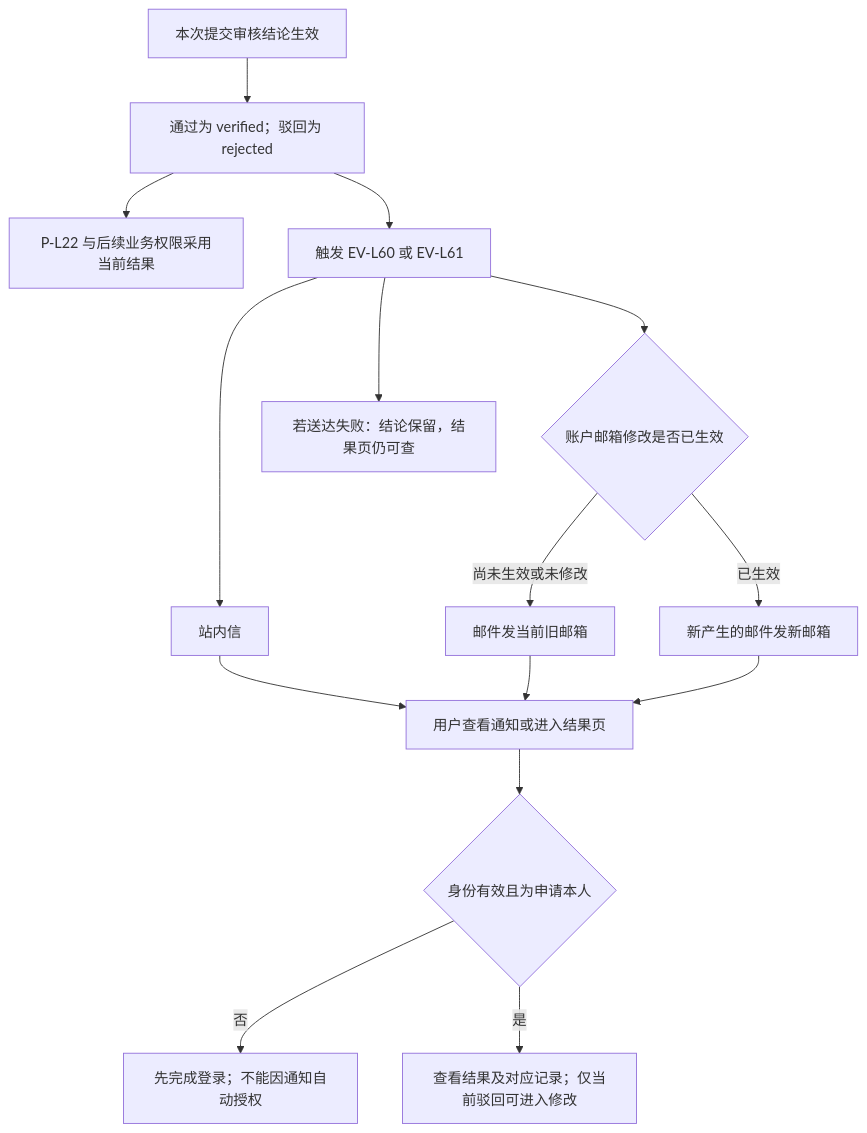
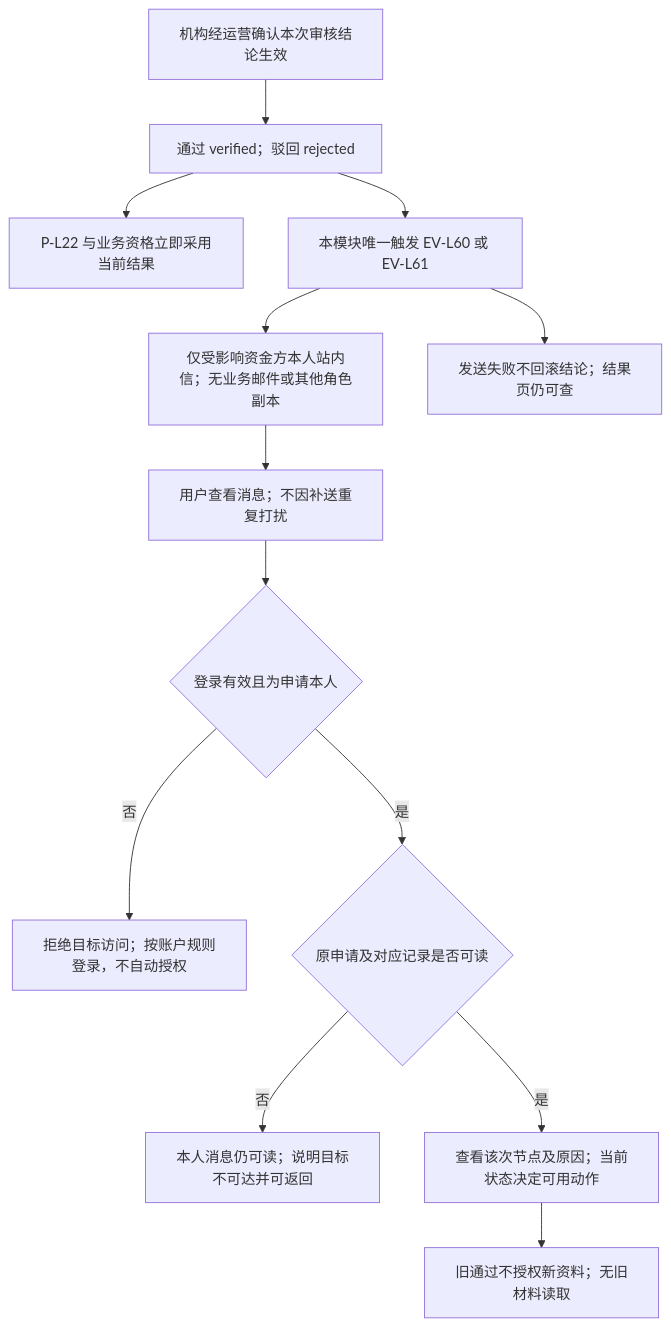
Before and after one commit to wxblockchain/Chain-Financing: the fourth of 6 diagrams in lending-platform/PRD/v2.0-资金方机构认证审核/资金方机构认证审核-流程图与状态机.md, drawn with Mermaid. The commit also changed other lines of this file and 2 other files, not shown here.

````diff
--- a/lending-platform/PRD/v2.0-资金方机构认证审核/资金方机构认证审核-流程图与状态机.md
+++ b/lending-platform/PRD/v2.0-资金方机构认证审核/资金方机构认证审核-流程图与状态机.md
@@ -136,17 +136,15 @@
 ```mermaid
 flowchart TD
-    A[本次提交审核结论生效] --> B[通过为 verified；驳回为 rejected]
-    B --> C[P-L22 与后续业务权限采用当前结果]
-    B --> D[触发 EV-L60 或 EV-L61]
-    D --> E[站内信]
-    D --> F{账户邮箱修改是否已生效}
-    F -->|尚未生效或未修改| G[邮件发当前旧邮箱]
-    F -->|已生效| H[新产生的邮件发新邮箱]
-    E --> I[用户查看通知或进入结果页]
-    G --> I
-    H --> I
-    I --> J{身份有效且为申请本人}
-    J -->|否| K[先完成登录；不能因通知自动授权]
-    J -->|是| L[查看结果及对应记录；仅当前驳回可进入修改]
-    D --> M[若送达失败：结论保留，结果页仍可查]
+    A[机构经运营确认本次审核结论生效] --> B[通过 verified；驳回 rejected]
+    B --> C[P-L22 与业务资格立即采用当前结果]
+    B --> D[本模块唯一触发 EV-L60 或 EV-L61]
+    D --> E[仅受影响资金方本人站内信；无业务邮件或其他角色副本]
+    E --> F[用户查看消息；不因补送重复打扰]
+    F --> G{登录有效且为申请本人}
+    G -->|否| H[拒绝目标访问；按账户规则登录，不自动授权]
+    G -->|是| I{原申请及对应记录是否可读}
+    I -->|否| J[本人消息仍可读；说明目标不可达并可返回]
+    I -->|是| K[查看该次节点及原因；当前状态决定可用动作]
+    K --> L[旧通过不授权新资料；无旧材料读取]
+    D --> M[发送失败不回滚结论；结果页仍可查]
 ```
````
